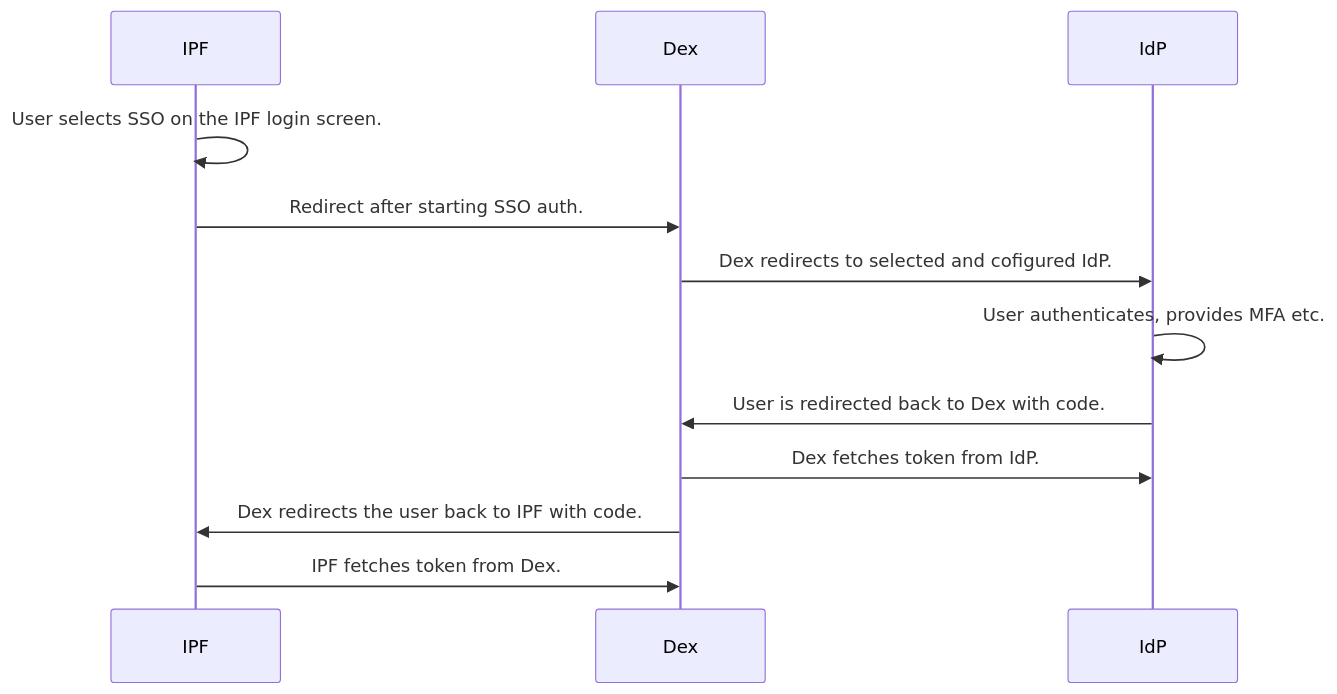
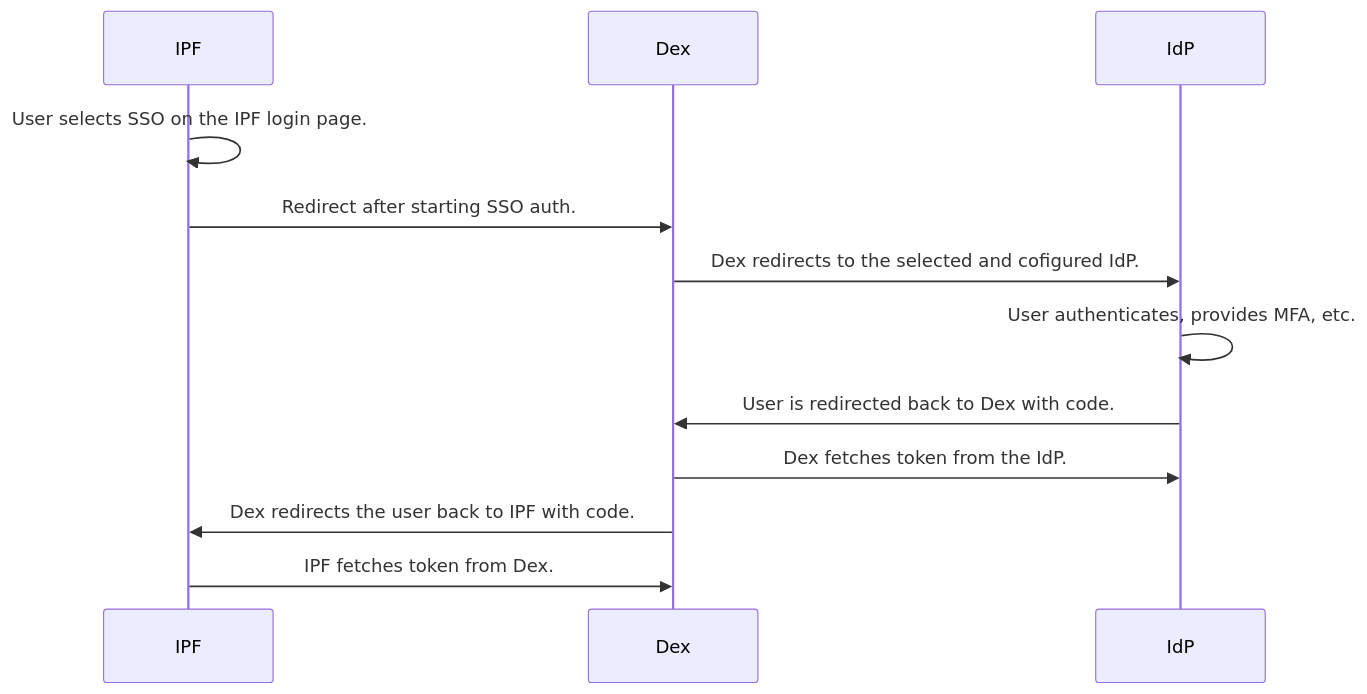
One commit to ipfabric/docs changed the diagram in docs/IP_Fabric_Settings/administration/sso.md. Above: the diagram before and after it, drawn with Mermaid. The commit also changed other lines of this file and 12 other files, not shown here.

````diff
--- a/docs/IP_Fabric_Settings/administration/sso.md
+++ b/docs/IP_Fabric_Settings/administration/sso.md
@@ -25,11 +25,11 @@
 ```mermaid
 sequenceDiagram
-  IPF->>IPF: User selects SSO on the IPF login screen.
+  IPF->>IPF: User selects SSO on the IPF login page.
   IPF->>Dex: Redirect after starting SSO auth.
-  Dex->>IdP: Dex redirects to selected and cofigured IdP.
-  IdP->>IdP: User authenticates, provides MFA etc.
+  Dex->>IdP: Dex redirects to the selected and cofigured IdP.
+  IdP->>IdP: User authenticates, provides MFA, etc.
   IdP->>Dex: User is redirected back to Dex with code.
-  Dex->>IdP: Dex fetches token from IdP.
+  Dex->>IdP: Dex fetches token from the IdP.
   Dex->>IPF: Dex redirects the user back to IPF with code.
   IPF->>Dex: IPF fetches token from Dex.
 ```
````
